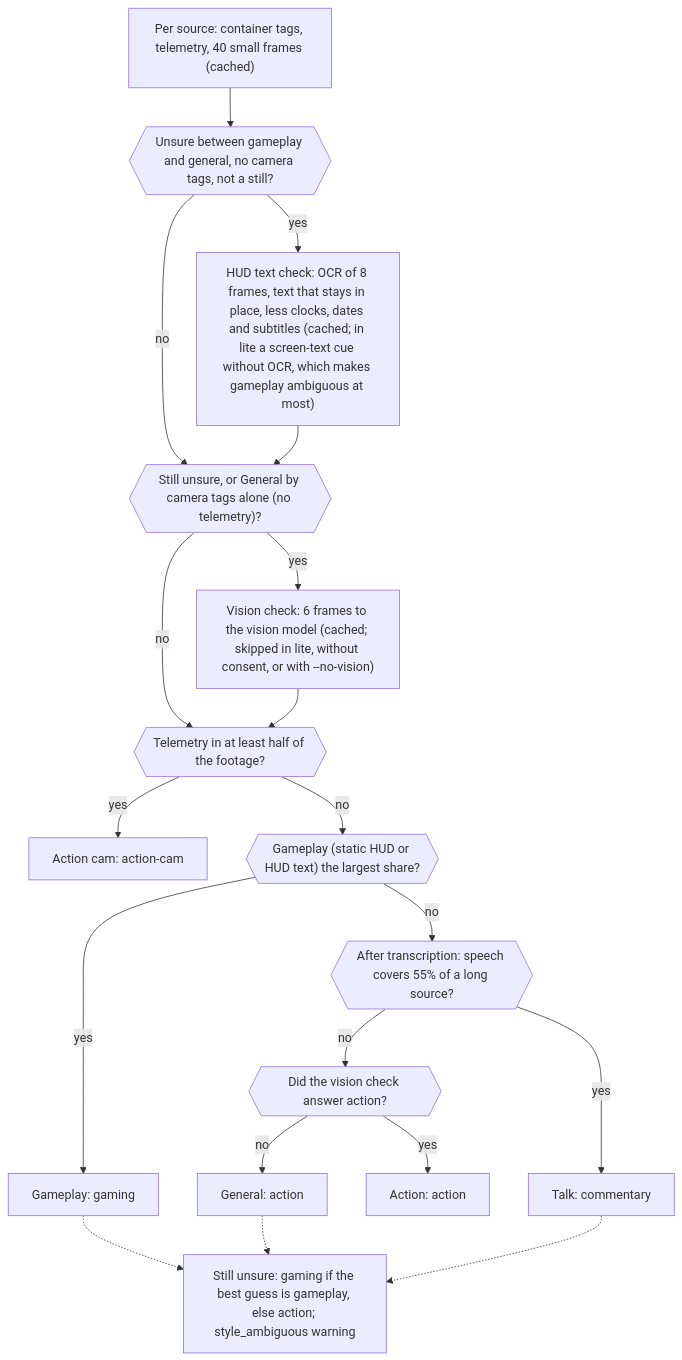
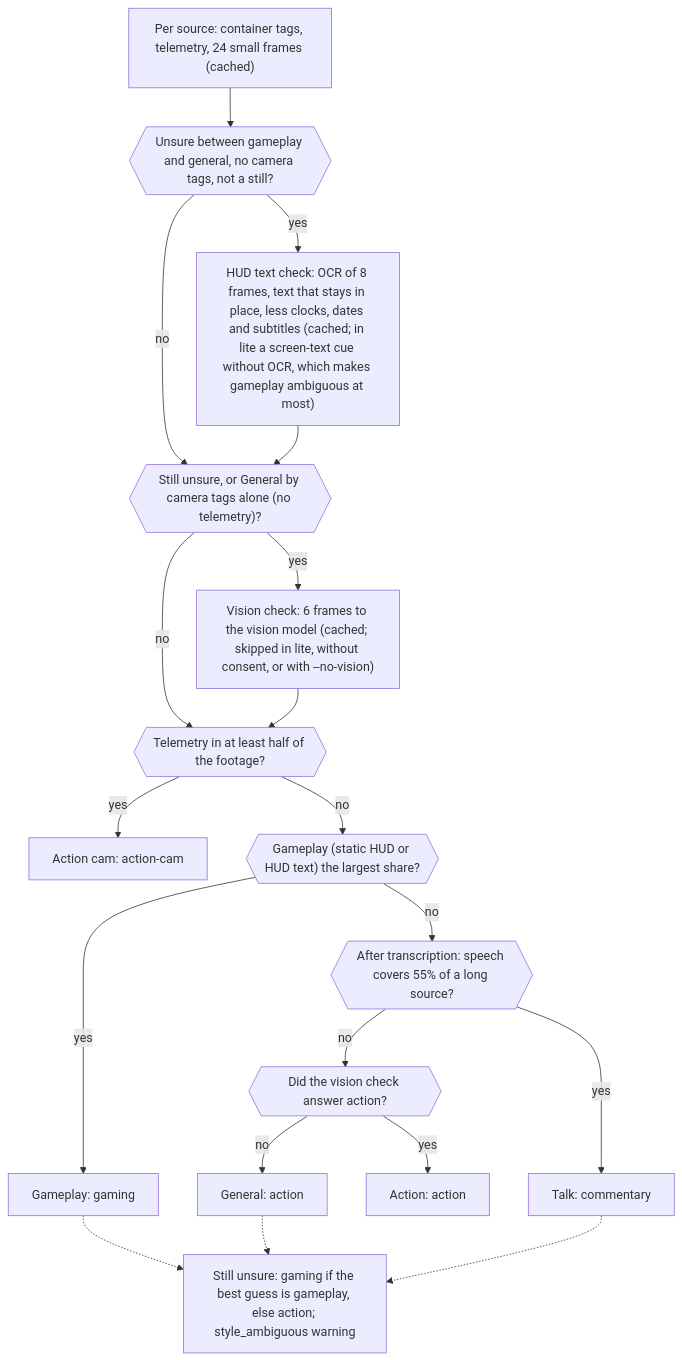
Before and after one commit to FerventOrange/cutpoint: the third of 3 diagrams in docs/pipeline.md, drawn with Mermaid. The commit also changed other lines of this file and 20 other files, not shown here.

````diff
--- a/docs/pipeline.md
+++ b/docs/pipeline.md
@@ -101,24 +101,24 @@
 ```mermaid
 flowchart TD
-    P["Per source: container tags, telemetry, 40 small frames (cached)"]
+    P["Per source: container tags, telemetry, 24 small frames (cached)"]
     P --> U{{"Unsure between gameplay and general, no camera tags, not a still?"}}
     U -->|yes| OCR["HUD text check: OCR of 8 frames, text that stays in place, less clocks, dates and subtitles (cached; in lite a screen-text cue without OCR, which makes gameplay ambiguous at most)"]
     U -->|no| V
     OCR --> V{{"Still unsure, or General by camera tags alone (no telemetry)?"}}
     V -->|yes| VIS["Vision check: 6 frames to the vision model (cached; skipped in lite, without consent, or with --no-vision)"]
     V -->|no| T
     VIS --> T
     T{{"Telemetry in at least half of the footage?"}}
     T -->|yes| AC["Action cam: action-cam"]
     T -->|no| G{{"Gameplay (static HUD or HUD text) the largest share?"}}
     G -->|yes| GP["Gameplay: gaming"]
     G -->|no| S{{"After transcription: speech covers 55% of a long source?"}}
     S -->|yes| TK["Talk: commentary"]
     S -->|no| AX{{"Did the vision check answer action?"}}
     AX -->|yes| ACT["Action: action"]
     AX -->|no| GE["General: action"]
     AMB["Still unsure: gaming if the best guess is gameplay, else action; style_ambiguous warning"]
     GP -.-> AMB
     GE -.-> AMB
     TK -.-> AMB
 ```
````
